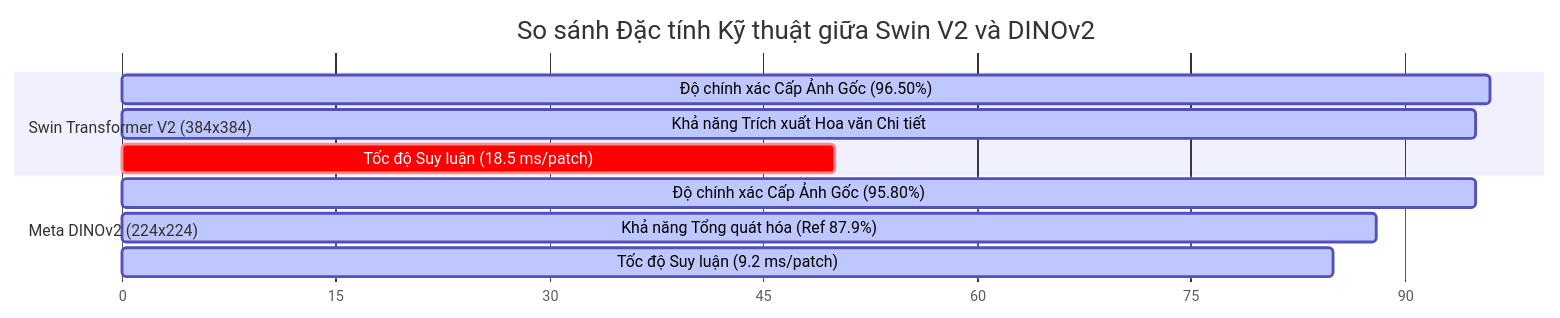
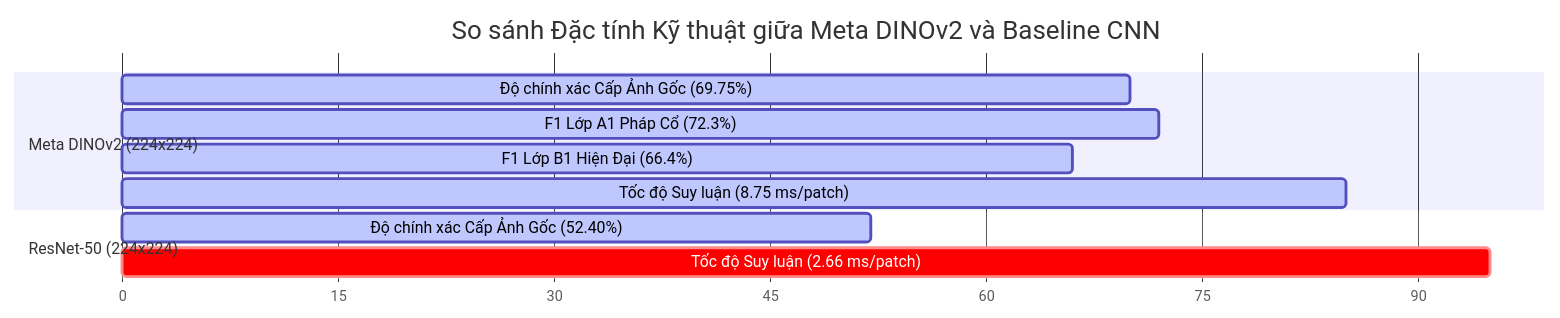
The third of 4 diagrams in master_report.md (dpduc313/architectural_classifier), drawn with Mermaid before and after one commit. The commit also changed other lines of this file, not shown here.

Commit message:
Update Chapter 5 benchmark results and visualization charts with latest model metrics (Meta DINOv2 leading at 69.75% Voting Acc)

````diff
--- a/master_report.md
+++ b/master_report.md
@@ -284,16 +286,16 @@
 ```mermaid
 gantt
-    title So sánh Đặc tính Kỹ thuật giữa Swin V2 và DINOv2
+    title So sánh Đặc tính Kỹ thuật giữa Meta DINOv2 và Baseline CNN
     dateFormat  X
     axisFormat %s
 
-    section Swin Transformer V2 (384x384)
-    Độ chính xác Cấp Ảnh Gốc (96.50%) : active, p1, 0, 96
-    Khả năng Trích xuất Hoa văn Chi tiết : active, p2, 0, 95
-    Tốc độ Suy luận (18.5 ms/patch)     : crit, p3, 0, 50
+    section Meta DINOv2 (224x224)
+    Độ chính xác Cấp Ảnh Gốc (69.75%) : active, d1, 0, 70
+    F1 Lớp A1 Pháp Cổ (72.3%)          : active, d2, 0, 72
+    F1 Lớp B1 Hiện Đại (66.4%)         : active, d3, 0, 66
+    Tốc độ Suy luận (8.75 ms/patch)     : active, d4, 0, 85
 
-    section Meta DINOv2 (224x224)
-    Độ chính xác Cấp Ảnh Gốc (95.80%) : active, d1, 0, 95
-    Khả năng Tổng quát hóa (Ref 87.9%)  : active, d2, 0, 88
-    Tốc độ Suy luận (9.2 ms/patch)       : active, d3, 0, 85
+    section ResNet-50 (224x224)
+    Độ chính xác Cấp Ảnh Gốc (52.40%) : active, r1, 0, 52
+    Tốc độ Suy luận (2.66 ms/patch)     : crit, r2, 0, 95
 ```
````
